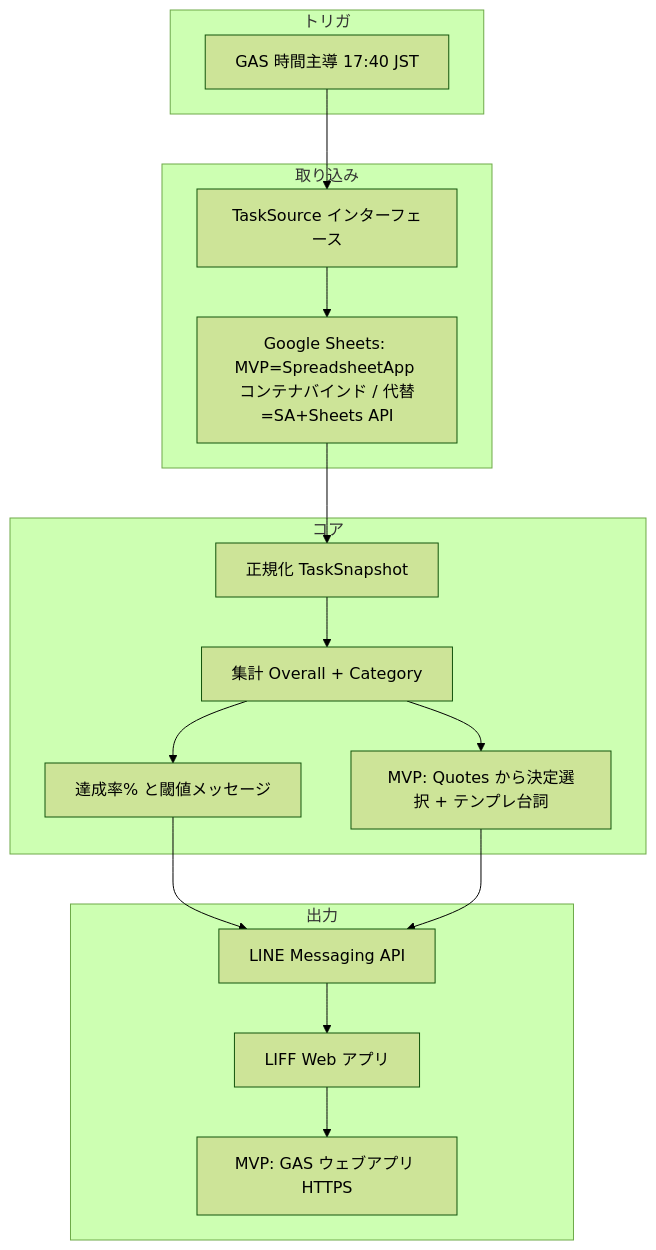
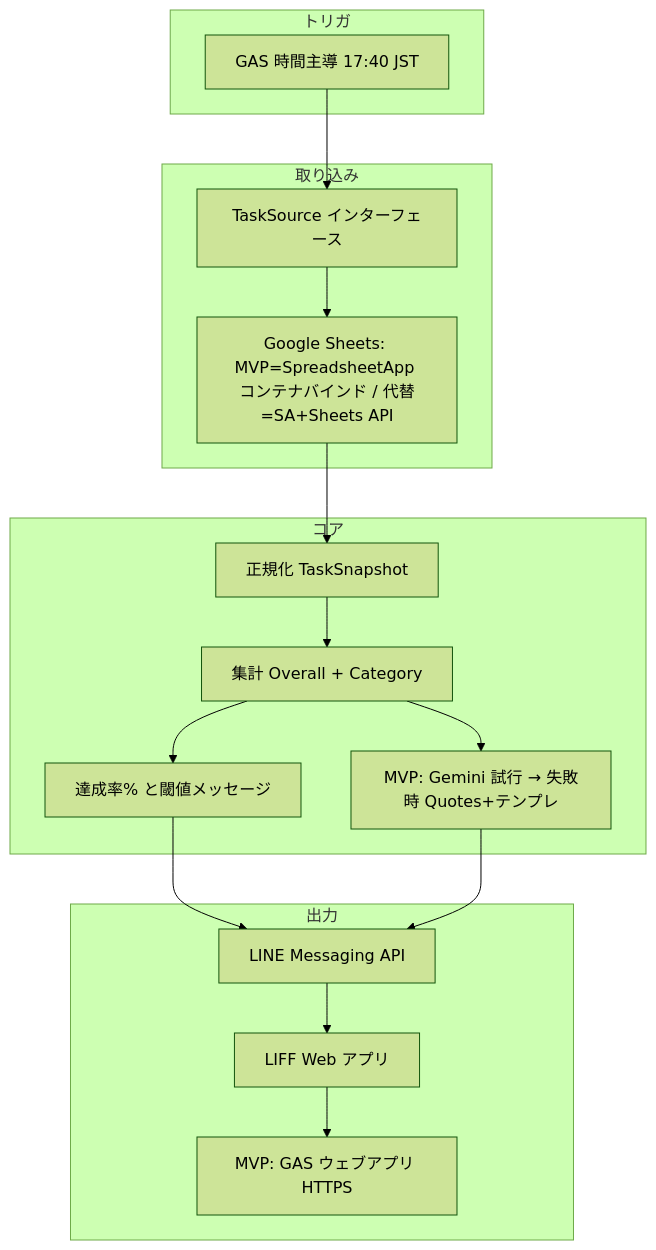
The diagram in docs/SPEC.md (happyodyssey73-art/yattakai-task-checker), drawn with Mermaid (forest theme) before and after one commit. The commit also changed other lines of this file and 18 other files, not shown here.

````diff
--- a/docs/SPEC.md
+++ b/docs/SPEC.md
@@ -69,35 +70,35 @@
 ```mermaid
 flowchart TB
   subgraph trigger [トリガ]
     GAS[GAS 時間主導 17:40 JST]
   end
 
   subgraph ingest [取り込み]
     TS[TaskSource インターフェース]
     SHEETS[Google Sheets: MVP=SpreadsheetApp コンテナバインド / 代替=SA+Sheets API]
     TS --> SHEETS
   end
 
   subgraph core [コア]
     NORM[正規化 TaskSnapshot]
     AGG[集計 Overall + Category]
     SCORE[達成率% と閾値メッセージ]
-    QUOTE[MVP: Quotes から決定選択 + テンプレ台詞]
+    QUOTE[MVP: Gemini 試行 → 失敗時 Quotes+テンプレ]
   end
 
   subgraph out [出力]
     LINE[LINE Messaging API]
     LIFF[LIFF Web アプリ]
     HOST[MVP: GAS ウェブアプリ HTTPS]
   end
 
   GAS --> TS
   SHEETS --> NORM
   NORM --> AGG
   AGG --> SCORE
   AGG --> QUOTE
   SCORE --> LINE
   QUOTE --> LINE
   LINE --> LIFF
   LIFF --> HOST
 ```
````
